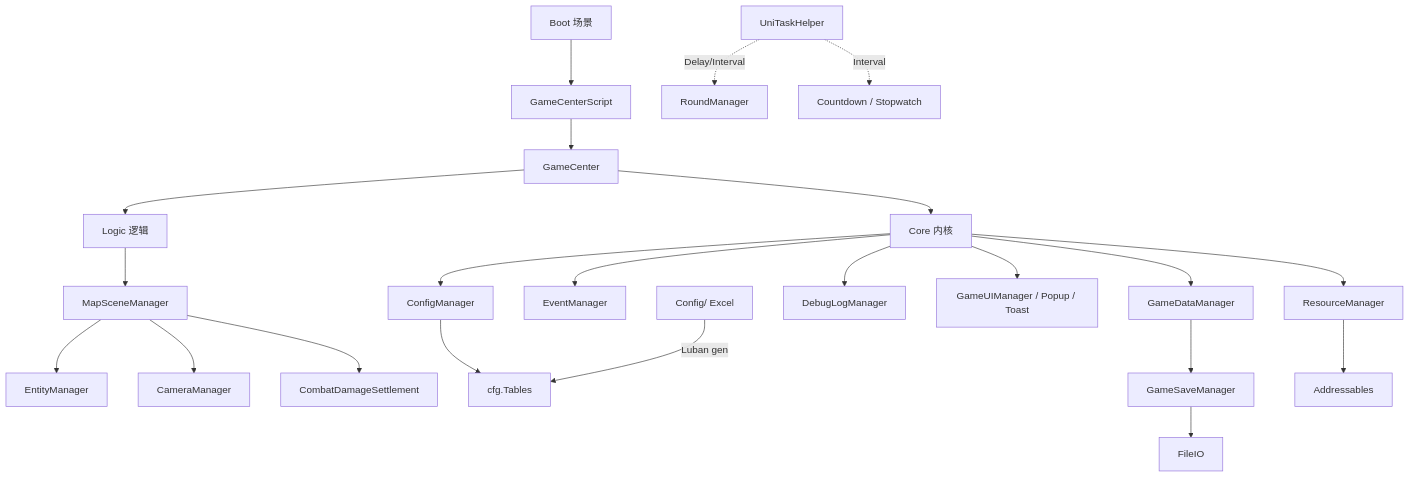
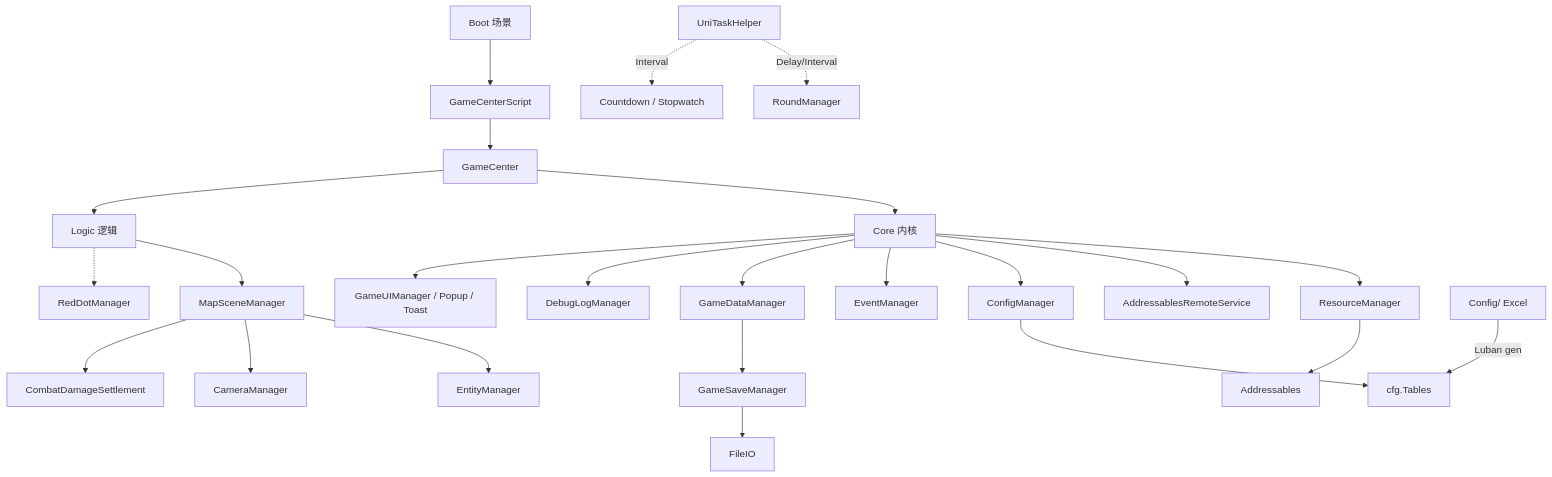
One commit to lyereb/Dragon changed the diagram in README.md. Above: the diagram before and after it, drawn with Mermaid. The commit also changed other lines of this file, not shown here.

````diff
--- a/README.md
+++ b/README.md
@@ -655,24 +800,26 @@
 ```mermaid
 flowchart TB
     Boot[Boot 场景] --> GCS[GameCenterScript]
     GCS --> GC[GameCenter]
     GC --> Core[Core 内核]
     GC --> Logic[Logic 逻辑]
     Core --> RM[ResourceManager]
+    Core --> ARS[AddressablesRemoteService]
     Core --> CM[ConfigManager]
     Core --> EM[EventManager]
     Core --> DM[GameDataManager]
     Core --> DLM[DebugLogManager]
     Core --> UI[GameUIManager / Popup / Toast]
     Logic --> MSM[MapSceneManager]
+    Logic -.-> RDM[RedDotManager]
     MSM --> EntM[EntityManager]
     MSM --> CamM[CameraManager]
     MSM --> Combat[CombatDamageSettlement]
     CM --> Luban[cfg.Tables]
     DM --> Save[GameSaveManager]
     Save --> FIO[FileIO]
     RM --> Addr[Addressables]
     Config[Config/ Excel] -->|Luban gen| Luban
     TimeLib[UniTaskHelper] -.->|Delay/Interval| Round[RoundManager]
     TimeLib -.->|Interval| CountDown[Countdown / Stopwatch]
 ```
````
